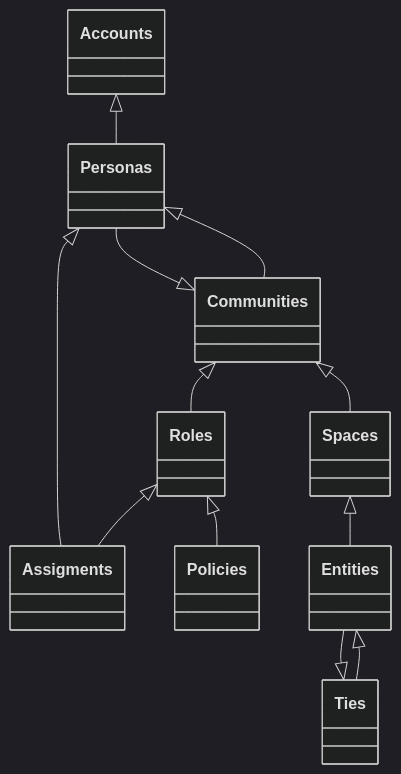
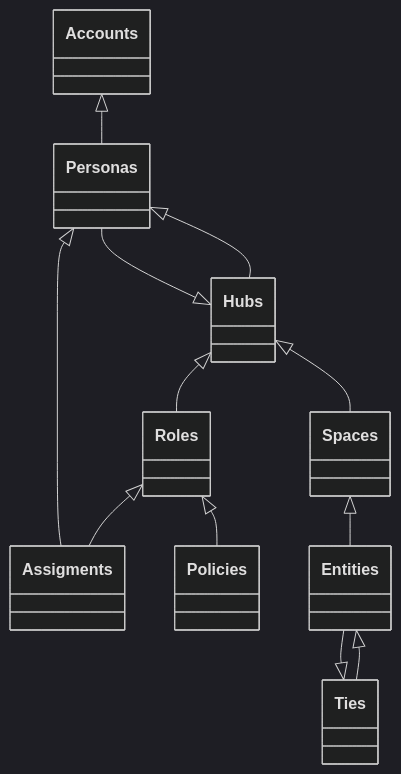
Before and after one commit to getloom/loom: the diagram in src/docs/data-model.md, drawn with Mermaid (dark theme). The commit also changed 155 other files, not shown here.

````diff
--- a/src/docs/data-model.md
+++ b/src/docs/data-model.md
@@ -5,14 +5,14 @@
 ```mermaid
     classDiagram
         Accounts <|-- Personas
-        Personas <|-- Communities
-        Communities <|-- Personas
-        Communities <|-- Roles
+        Personas <|-- Hubs
+        Hubs <|-- Personas
+        Hubs <|-- Roles
         Roles <|-- Assigments
         Personas <|-- Assigments
         Roles <|-- Policies
-        Communities <|-- Spaces
+        Hubs <|-- Spaces
         Spaces <|-- Entities
         Entities <|-- Ties
         Ties <|-- Entities
 ```
````
